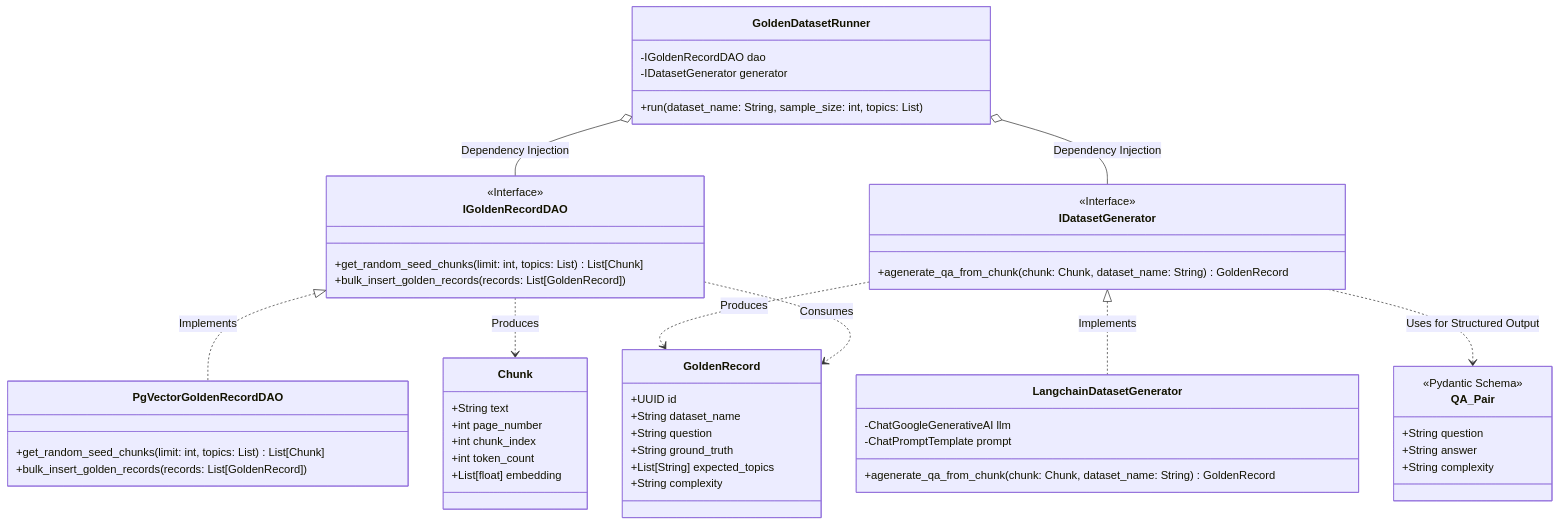
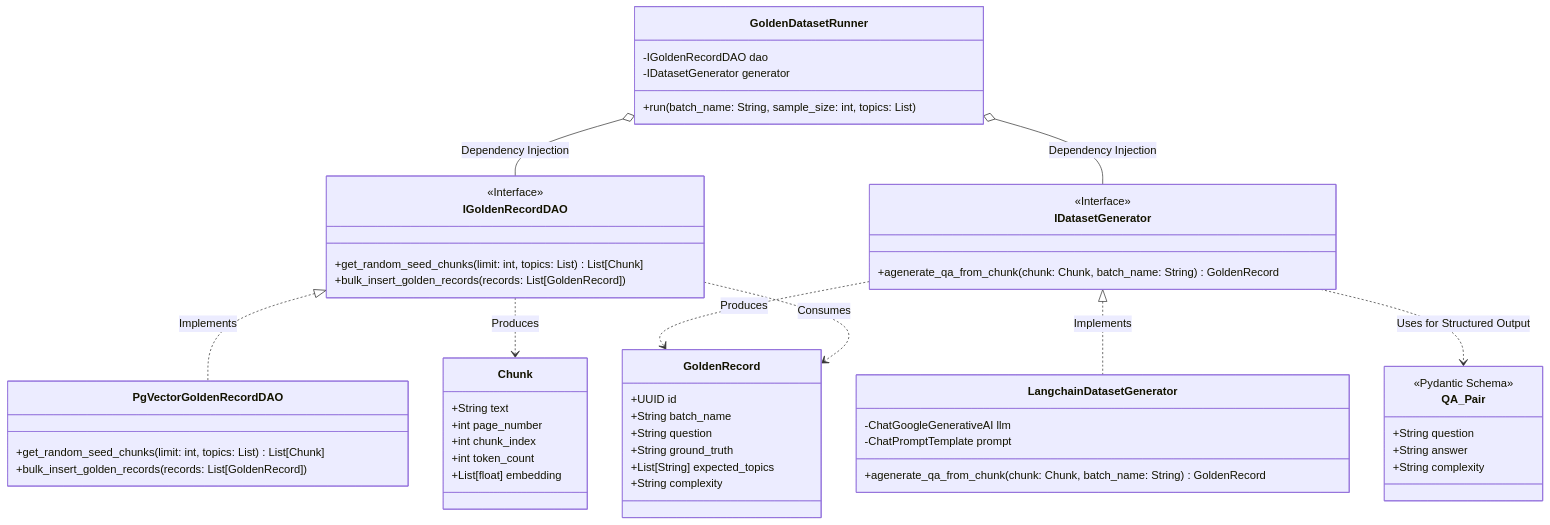
Before and after one commit to nvd11/automated-rag-evaluator: the first of 2 diagrams in docs/phase3_golden_dataset_generation.md, drawn with Mermaid. The commit also changed other lines of this file and 2 other files, not shown here.

Commit message:
refactor: rename dataset_name to batch_name across schema and architecture docs to emphasize synthetic data lineage

````diff
--- a/docs/phase3_golden_dataset_generation.md
+++ b/docs/phase3_golden_dataset_generation.md
@@ -11,69 +11,69 @@
 ```mermaid
 classDiagram
     %% Domain Layer
     class Chunk {
         +String text
         +int page_number
         +int chunk_index
         +int token_count
         +List[float] embedding
     }
     
     class GoldenRecord {
         +UUID id
-        +String dataset_name
+        +String batch_name
         +String question
         +String ground_truth
         +List[String] expected_topics
         +String complexity
     }
 
     class QA_Pair {
         <<Pydantic Schema>>
         +String question
         +String answer
         +String complexity
     }
 
     %% Interfaces
     class IGoldenRecordDAO {
         <<Interface>>
         +get_random_seed_chunks(limit: int, topics: List) List[Chunk]
         +bulk_insert_golden_records(records: List[GoldenRecord])
     }
     
     class IDatasetGenerator {
         <<Interface>>
-        +agenerate_qa_from_chunk(chunk: Chunk, dataset_name: String) GoldenRecord
+        +agenerate_qa_from_chunk(chunk: Chunk, batch_name: String) GoldenRecord
     }
 
     %% Implementations
     class PgVectorGoldenRecordDAO {
         +get_random_seed_chunks(limit: int, topics: List) List[Chunk]
         +bulk_insert_golden_records(records: List[GoldenRecord])
     }
 
     class LangchainDatasetGenerator {
         -ChatGoogleGenerativeAI llm
         -ChatPromptTemplate prompt
-        +agenerate_qa_from_chunk(chunk: Chunk, dataset_name: String) GoldenRecord
+        +agenerate_qa_from_chunk(chunk: Chunk, batch_name: String) GoldenRecord
     }
 
     %% Orchestrator
     class GoldenDatasetRunner {
         -IGoldenRecordDAO dao
         -IDatasetGenerator generator
-        +run(dataset_name: String, sample_size: int, topics: List)
+        +run(batch_name: String, sample_size: int, topics: List)
     }
 
     GoldenDatasetRunner o-- IGoldenRecordDAO : Dependency Injection
     GoldenDatasetRunner o-- IDatasetGenerator : Dependency Injection
     
     IGoldenRecordDAO <|.. PgVectorGoldenRecordDAO : Implements
     IDatasetGenerator <|.. LangchainDatasetGenerator : Implements
     
     IDatasetGenerator ..> QA_Pair : Uses for Structured Output
     IDatasetGenerator ..> GoldenRecord : Produces
     IGoldenRecordDAO ..> Chunk : Produces
     IGoldenRecordDAO ..> GoldenRecord : Consumes
 ```
````
